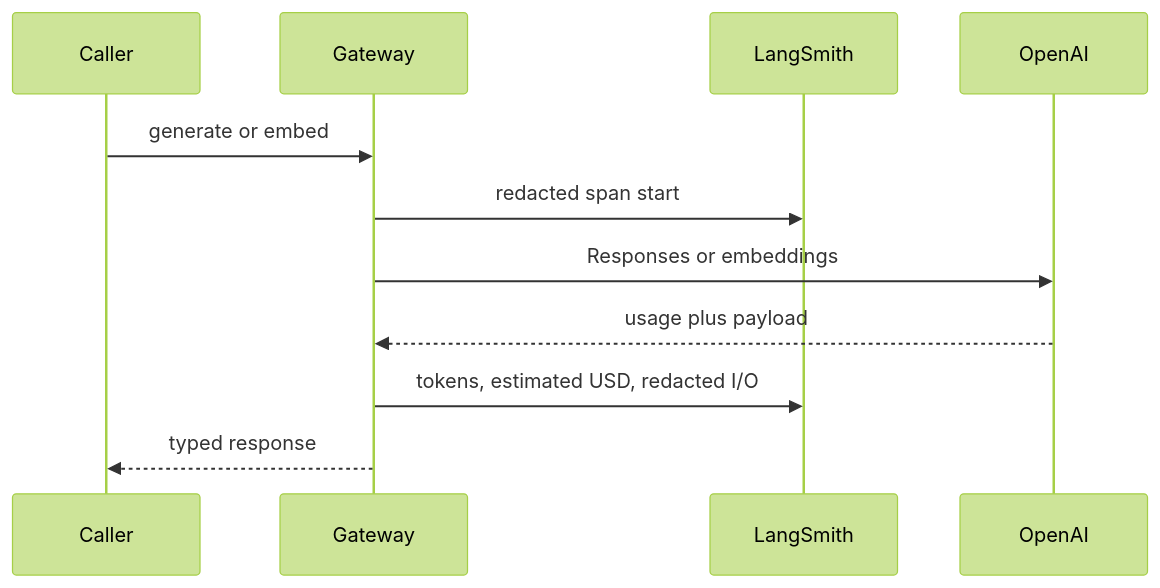
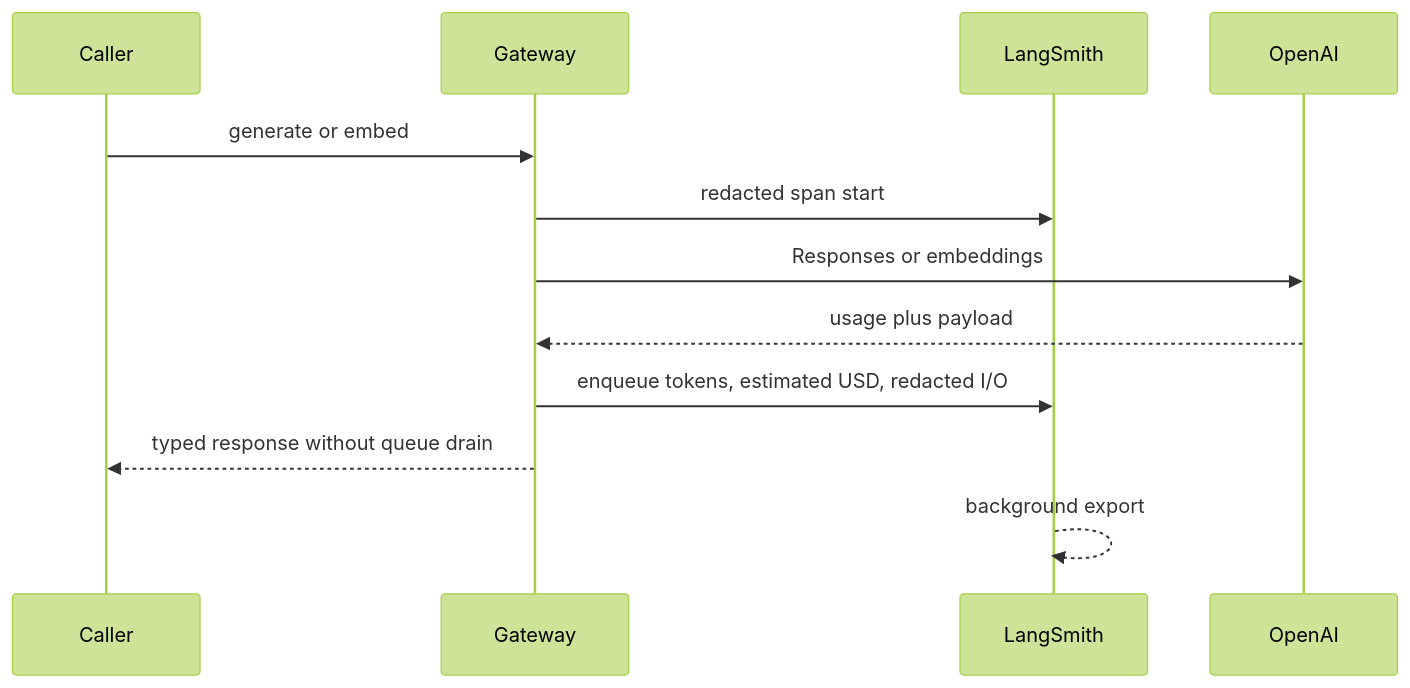
Before and after one commit to Nagdy8888/smart-rag: the second of 4 diagrams in docs/development/LANGSMITH_TRACING.md, drawn with Mermaid (forest theme). The commit also changed other lines of this file and 49 other files, not shown here.

````diff
--- a/docs/development/LANGSMITH_TRACING.md
+++ b/docs/development/LANGSMITH_TRACING.md
@@ -110,13 +119,14 @@
 ```mermaid
 sequenceDiagram
   participant Caller
   participant Gateway
   participant LangSmith
   participant OpenAI
   Caller->>Gateway: generate or embed
   Gateway->>LangSmith: redacted span start
   Gateway->>OpenAI: Responses or embeddings
   OpenAI-->>Gateway: usage plus payload
-  Gateway->>LangSmith: tokens, estimated USD, redacted I/O
-  Gateway-->>Caller: typed response
+  Gateway->>LangSmith: enqueue tokens, estimated USD, redacted I/O
+  Gateway-->>Caller: typed response without queue drain
+  LangSmith-->>LangSmith: background export
 ```
````
